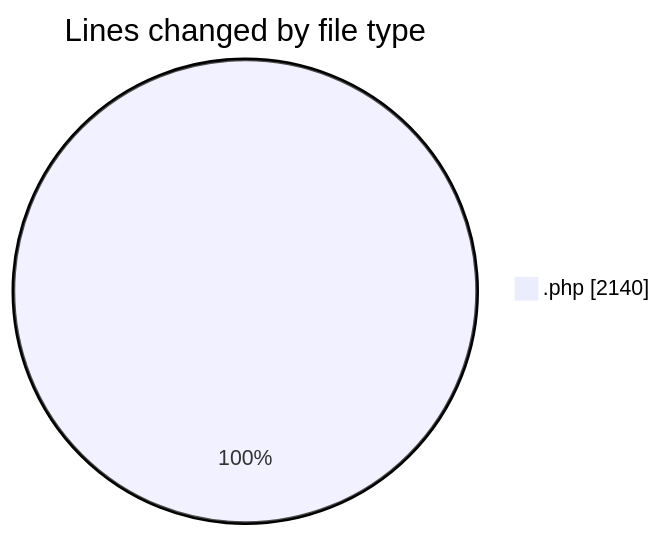
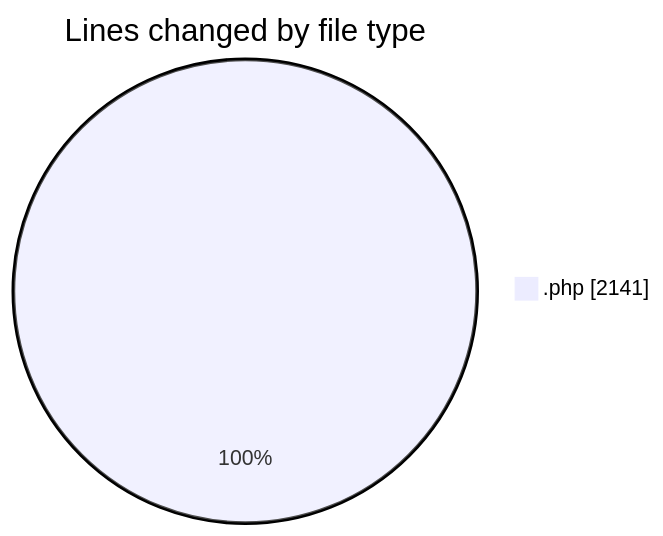
Before and after one commit to debugP/code-tracking: the first of 2 diagrams in 2025-10-22/untitled__workspace_/README.md, drawn with Mermaid. The commit also changed other lines of this file and 1 other file, not shown here.

````diff
--- a/2025-10-22/untitled__workspace_/README.md
+++ b/2025-10-22/untitled__workspace_/README.md
@@ -20,5 +20,5 @@
 ```mermaid
 pie showData
 title Lines changed by file type
-".php" : 2140
+".php" : 2141
 ```
````
